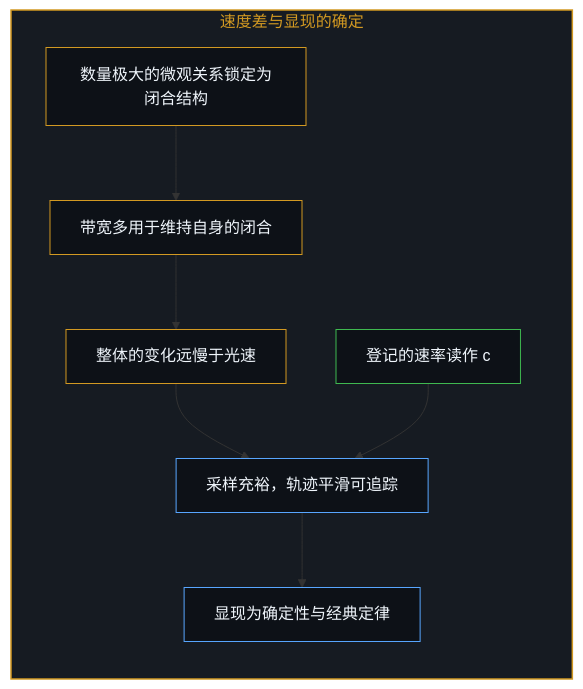
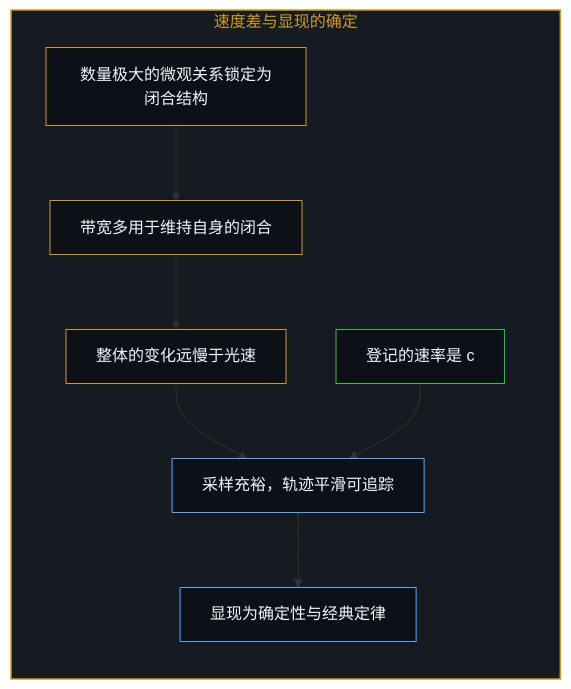
One commit to powerpig99/not-a-toe changed the third of 12 diagrams in content/posts/when-electrons-think.md. Above: the diagram before and after it, drawn with Mermaid. The commit also changed other lines of this file and 27 other files, not shown here.

````diff
--- a/content/posts/when-electrons-think.md
+++ b/content/posts/when-electrons-think.md
@@ -91,25 +89,24 @@
 ```mermaid
 flowchart TD
     subgraph S_Slow["速度差与显现的确定"]
         direction TB
         Bind["数量极大的微观关系锁定为闭合结构"]
         Inside["带宽多用于维持自身的闭合"]
         Slow["整体的变化远慢于光速"]
-        Sample["登记的速率读作 c"]
+        Sample["登记的速率是 c"]
         Smooth["采样充裕，轨迹平滑可追踪"]
         Law["显现为确定性与经典定律"]
         Bind --> Inside
         Inside --> Slow
         Slow --> Smooth
         Sample --> Smooth
         Smooth --> Law
     end
-
     style S_Slow fill:#161b22,stroke:#d29922,stroke-width:1.5px,color:#d29922
     style Bind fill:#0d1117,stroke:#d29922,stroke-width:1px,color:#f0f6fc
     style Inside fill:#0d1117,stroke:#d29922,stroke-width:1px,color:#f0f6fc
     style Slow fill:#0d1117,stroke:#d29922,stroke-width:1px,color:#f0f6fc
     style Sample fill:#0d1117,stroke:#3fb950,stroke-width:1px,color:#f0f6fc
     style Smooth fill:#0d1117,stroke:#58a6ff,stroke-width:1px,color:#f0f6fc
     style Law fill:#0d1117,stroke:#58a6ff,stroke-width:1px,color:#f0f6fc
 ```
````
